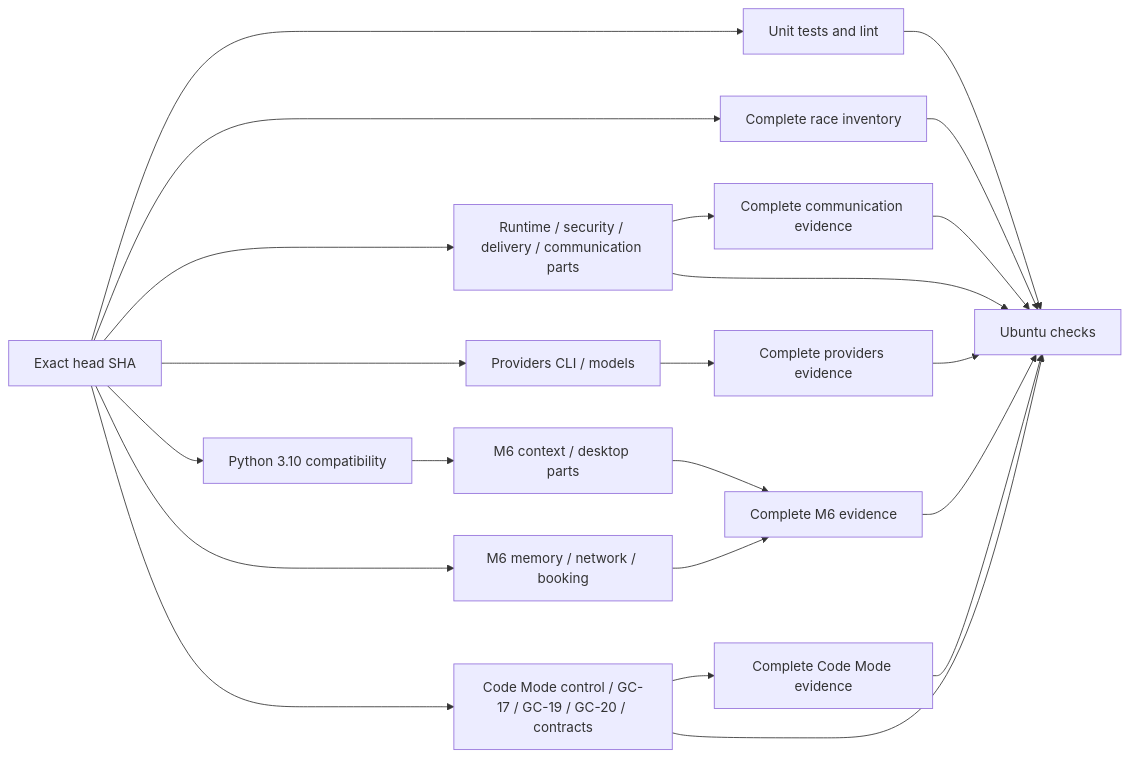
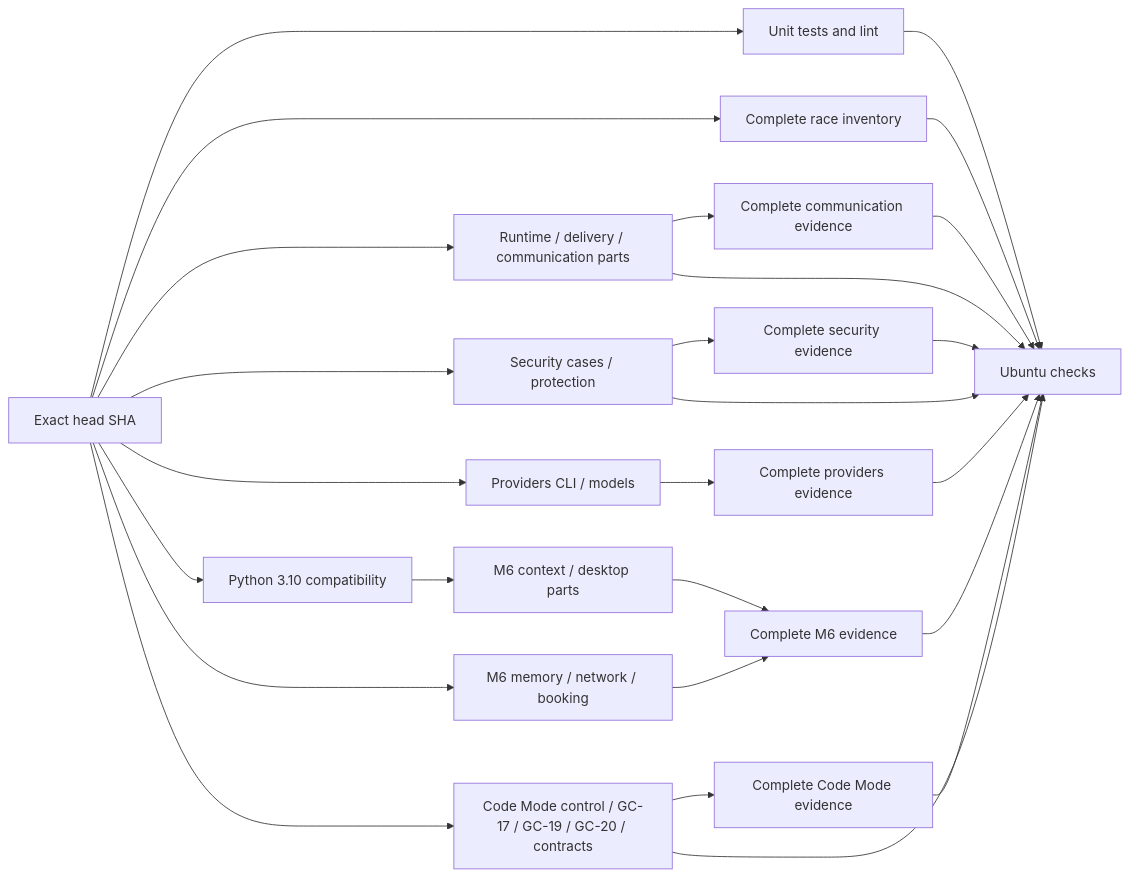
One commit to z-chenhao/assistant changed the diagram in docs/ci.md. Above: the diagram before and after it, drawn with Mermaid. The commit also changed other lines of this file and 9 other files, not shown here.

Commit message:
ERII-375: split security CI into fixed complete parts

````diff
--- a/docs/ci.md
+++ b/docs/ci.md
@@ -21,24 +21,28 @@
 ```mermaid
 flowchart LR
     SHA[Exact head SHA] --> Unit[Unit tests and lint]
     SHA --> Race[Complete race inventory]
-    SHA --> Verify[Runtime / security / delivery / communication parts]
+    SHA --> Verify[Runtime / delivery / communication parts]
+    SHA --> Security[Security cases / protection]
+    Security --> SecurityJoin[Complete security evidence]
+    Security --> Gate
+    SecurityJoin --> Gate
     Verify --> CommunicationJoin[Complete communication evidence]
     CommunicationJoin --> Gate
     SHA --> Providers[Providers CLI / models]
     Providers --> ProviderJoin[Complete providers evidence]
     ProviderJoin --> Gate
     SHA --> Python[Python 3.10 compatibility]
     SHA --> Personal[M6 memory / network / booking]
     Python --> Deferred[M6 context / desktop parts]
     Personal --> M6Join[Complete M6 evidence]
     Deferred --> M6Join
     M6Join --> Gate
     SHA --> Parts[Code Mode control / GC-17 / GC-19 / GC-20 / contracts]
     Parts --> Join[Complete Code Mode evidence]
     Unit --> Gate[Ubuntu checks]
     Race --> Gate
     Verify --> Gate
     Parts --> Gate
     Join --> Gate
 ```
````
